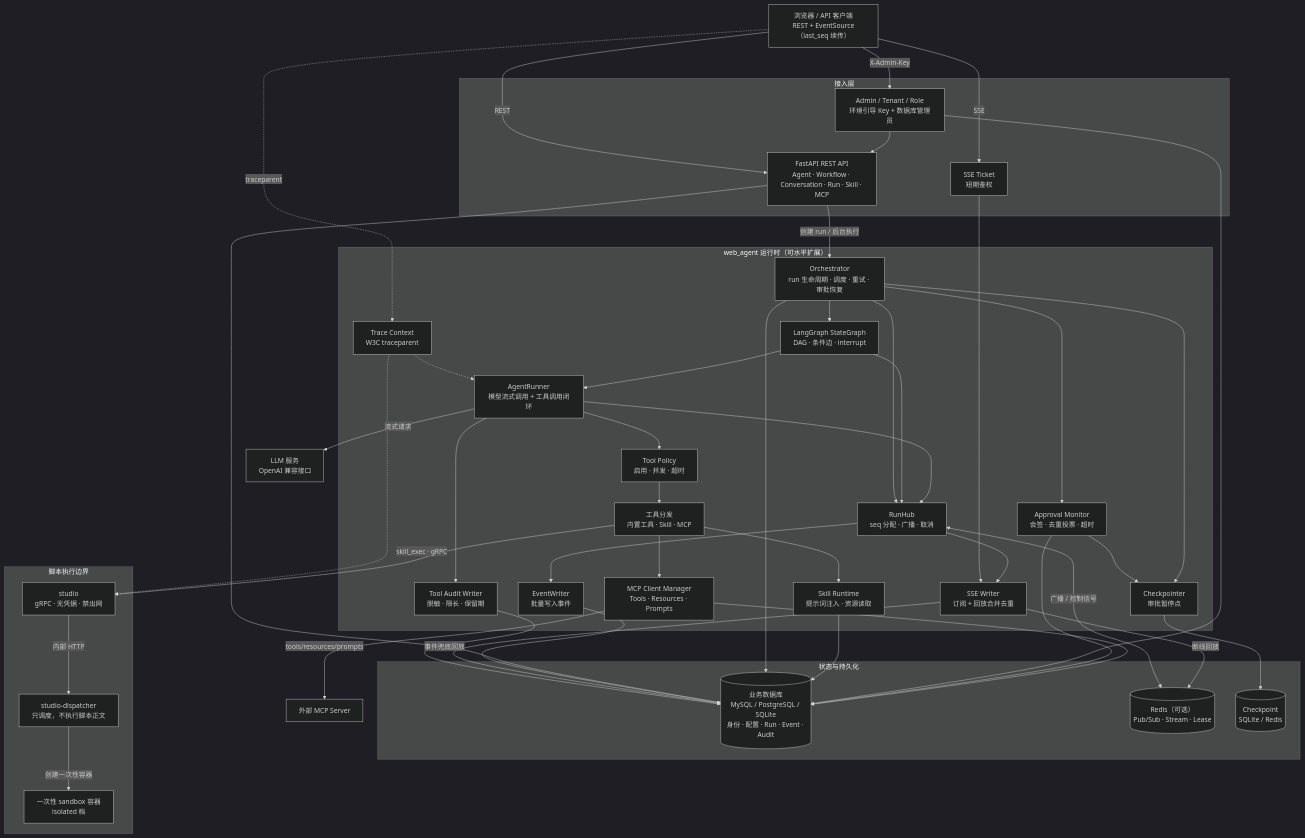
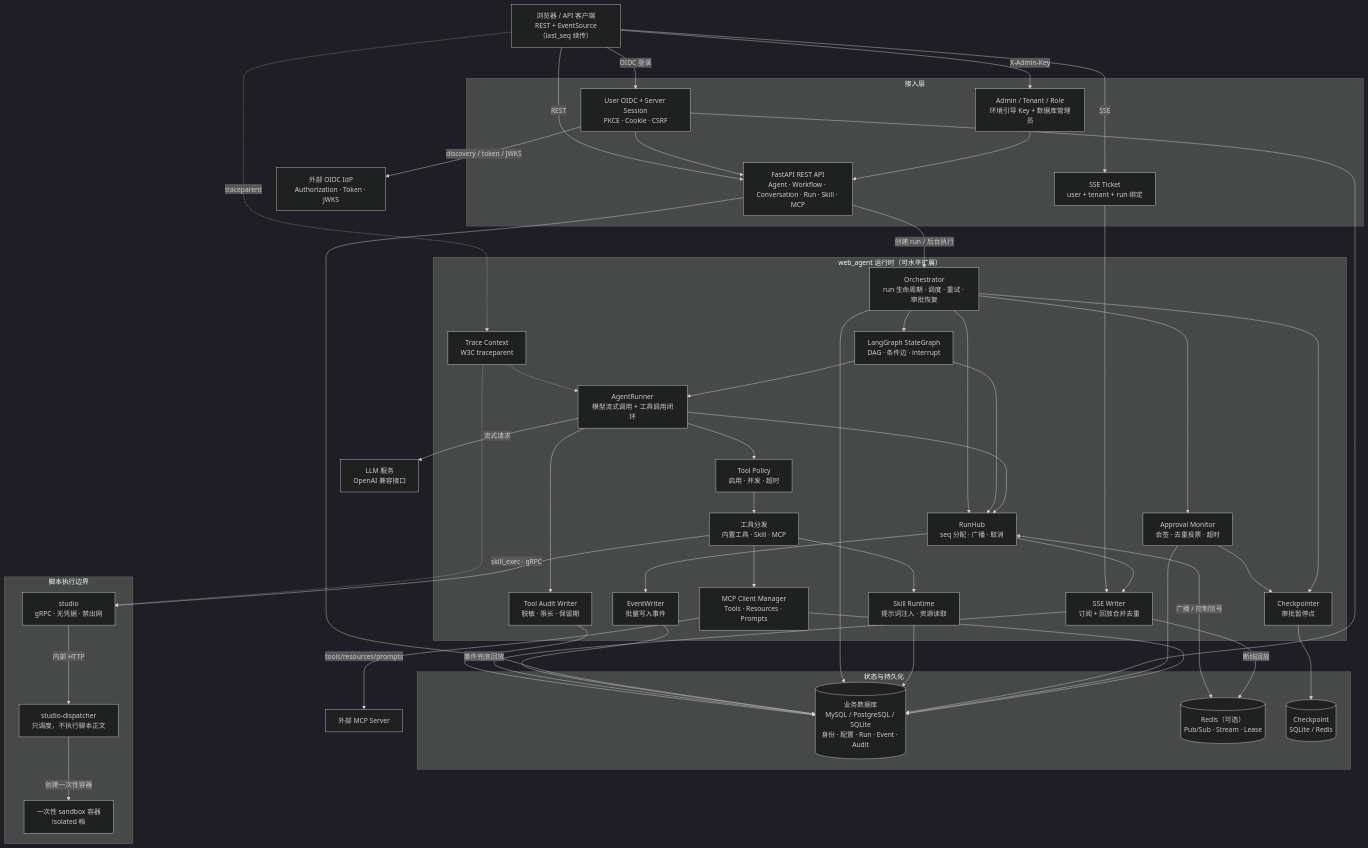
The diagram in app/README.md (langbiantianya/web_agent), drawn with Mermaid (dark theme) before and after one commit. The commit also changed 48 other files, not shown here.

Commit message:
feat: add user OIDC sessions and conversation ownership

````diff
--- a/app/README.md
+++ b/app/README.md
@@ -7,11 +7,13 @@
 ```mermaid
 flowchart TB
     Client["浏览器 / API 客户端<br/>REST + EventSource（last_seq 续传）"]
+    IDP["外部 OIDC IdP<br/>Authorization · Token · JWKS"]
 
     subgraph Access["接入层"]
         API["FastAPI REST API<br/>Agent · Workflow · Conversation · Run · Skill · MCP"]
-        AUTH["Admin / Tenant / Role<br/>环境引导 Key + 数据库管理员"]
-        TICKET["SSE Ticket<br/>短期鉴权"]
+        AUTH["User OIDC + Server Session<br/>PKCE · Cookie · CSRF"]
+        ADMIN["Admin / Tenant / Role<br/>环境引导 Key + 数据库管理员"]
+        TICKET["SSE Ticket<br/>user + tenant + run 绑定"]
     end
 
     subgraph Runtime["web_agent 运行时（可水平扩展）"]
@@ -47,10 +49,13 @@
     end
 
     Client -->|"REST"| API
+    Client -->|"OIDC 登录"| AUTH
+    AUTH -->|"discovery / token / JWKS"| IDP
     Client -->|"SSE"| TICKET
     TICKET --> SSE
-    Client -->|"X-Admin-Key"| AUTH
+    Client -->|"X-Admin-Key"| ADMIN
     AUTH --> API
+    ADMIN --> API
     API -->|"创建 run / 后台执行"| ORCH
     Client -.->|"traceparent"| TRACE
     TRACE -.-> RUNNER
````
